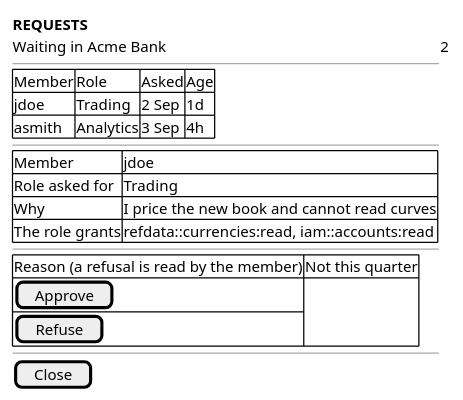
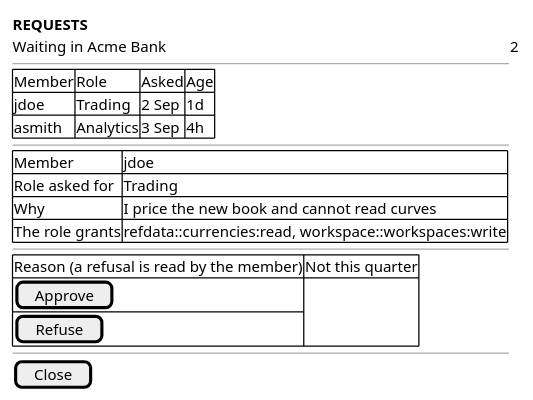
Before and after one commit to OreStudio/OreStudio: the diagram in doc/knowledge/journeys/access/wireframe_answer_a_request.puml, drawn with PlantUML. The commit also changed 3 other files, not shown here.

```diff
--- a/doc/knowledge/journeys/access/wireframe_answer_a_request.puml
+++ b/doc/knowledge/journeys/access/wireframe_answer_a_request.puml
@@ -18,30 +18,30 @@
 @startuml
 
 salt
 {
   <b>REQUESTS</b>
   Waiting in Acme Bank | 2
   --
   {#
     Member | Role | Asked | Age
     jdoe | Trading | 2 Sep | 1d
     asmith | Analytics | 3 Sep | 4h
   }
   --
   {#
     Member | jdoe
     Role asked for | Trading
     Why | I price the new book and cannot read curves
-    The role grants | refdata::currencies:read, iam::accounts:read
+    The role grants | refdata::currencies:read, workspace::workspaces:write
   }
   --
   {#
     Reason (a refusal is read by the member) | Not this quarter
     [ Approve ]
     [ Refuse ]
   }
   --
   [ Close ]
 }
 
 @enduml
```
